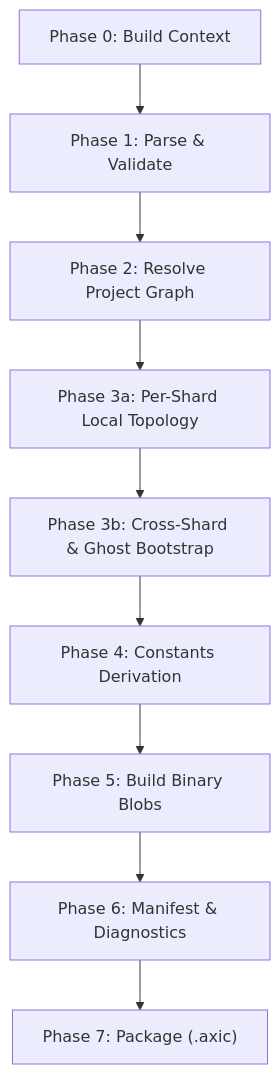
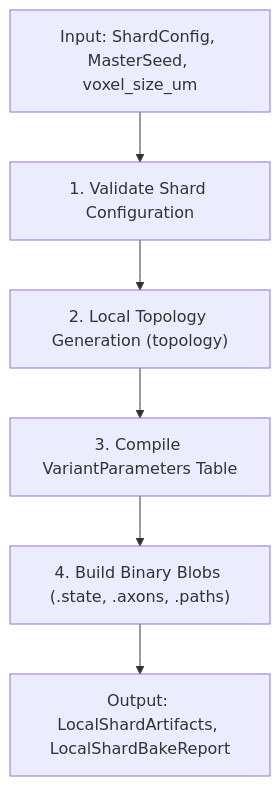
One commit to H4V1K-dev/axicor_enterprise changed the diagram in docs/engine/spec_L4/baker_spec.md. Above: the diagram before and after it, drawn with Mermaid. The commit also changed other lines of this file and 3 other files, not shown here.

Commit message:
docs: add engine architectural documentation and L4 specifications

````diff
--- a/docs/engine/spec_L4/baker_spec.md
+++ b/docs/engine/spec_L4/baker_spec.md
@@ -97,11 +58,8 @@
 ```mermaid
 graph TD
-    P0["Phase 0: Build Context"] --> P1["Phase 1: Parse & Validate"]
-    P1 --> P2["Phase 2: Resolve Project Graph"]
-    P2 --> P3a["Phase 3a: Per-Shard Local Topology"]
-    P3a --> P3b["Phase 3b: Cross-Shard & Ghost Bootstrap"]
-    P3b --> P4["Phase 4: Constants Derivation"]
-    P4 --> P5["Phase 5: Build Binary Blobs"]
-    P5 --> P6["Phase 6: Manifest & Diagnostics"]
-    P6 --> P7["Phase 7: Package (.axic)"]
+    In["Input: ShardConfig, MasterSeed, voxel_size_um"] --> Phase1["1. Validate Shard Configuration"]
+    Phase1 --> Phase2["2. Local Topology Generation (topology)"]
+    Phase2 --> Phase3["3. Compile VariantParameters Table"]
+    Phase3 --> Phase4["4. Build Binary Blobs (.state, .axons, .paths)"]
+    Phase4 --> Out["Output: LocalShardArtifacts, LocalShardBakeReport"]
 ```
````
